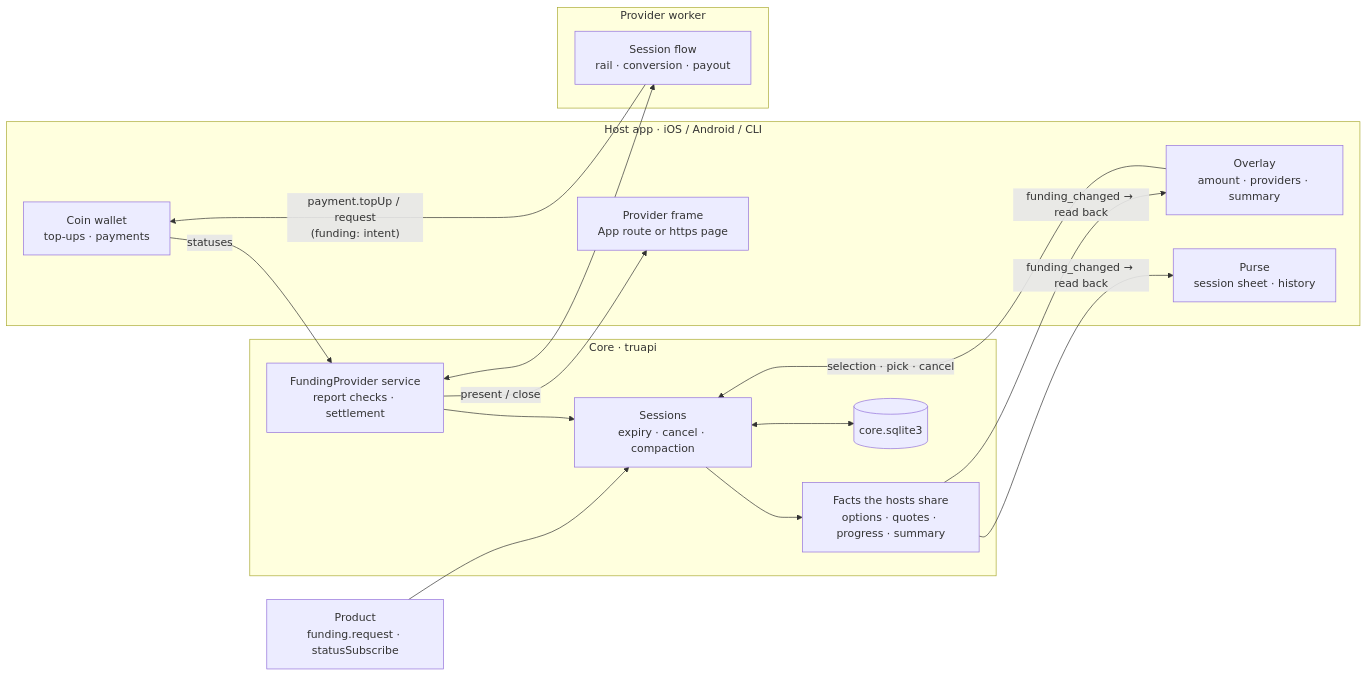
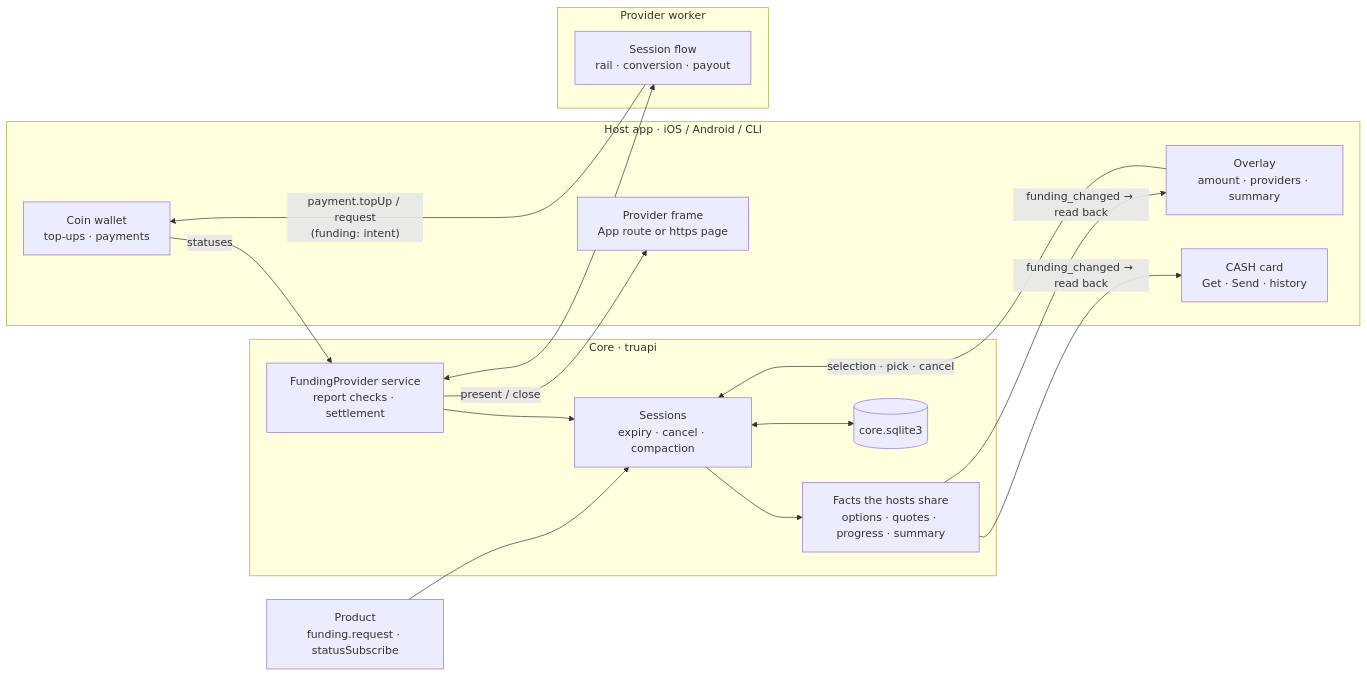
Before and after one commit to paritytech/trinity-user-agents: the first of 10 diagrams in docs/design/funding-modality.md, drawn with Mermaid. The commit also changed other lines of this file, not shown here.

Commit message:
docs(funding): funding sits on the existing CASH card on both apps

````diff
--- a/docs/design/funding-modality.md
+++ b/docs/design/funding-modality.md
@@ -17,32 +17,32 @@
 ```mermaid
 flowchart LR
   product["Product<br/>funding.request · statusSubscribe"]
 
   subgraph HOST["Host app · iOS / Android / CLI"]
     overlay["Overlay<br/>amount · providers · summary"]
     frame["Provider frame<br/>App route or https page"]
-    purse["Purse<br/>session sheet · history"]
+    purse["CASH card<br/>Get · Send · history"]
     wallet["Coin wallet<br/>top-ups · payments"]
   end
 
   subgraph CORE["Core · truapi"]
     sessions["Sessions<br/>expiry · cancel · compaction"]
     facts["Facts the hosts share<br/>options · quotes · progress · summary"]
     db[("core.sqlite3")]
     service["FundingProvider service<br/>report checks · settlement"]
   end
 
   subgraph WORKER["Provider worker"]
     flow["Session flow<br/>rail · conversion · payout"]
   end
 
   product --> sessions
   sessions <--> db
   sessions --> facts
   facts -- "funding_changed → read back" --> overlay & purse
   overlay -- "selection · pick · cancel" --> sessions
   service <--> flow
   service -- present / close --> frame
   flow -- "payment.topUp / request<br/>(funding: intent)" --> wallet
   wallet -- statuses --> service --> sessions
 ```
````
